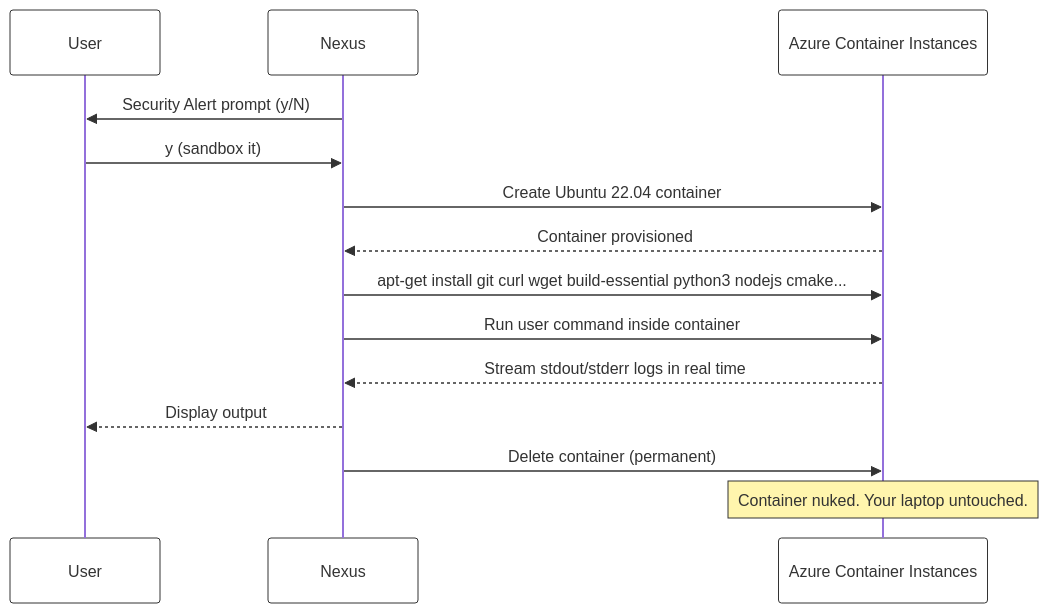
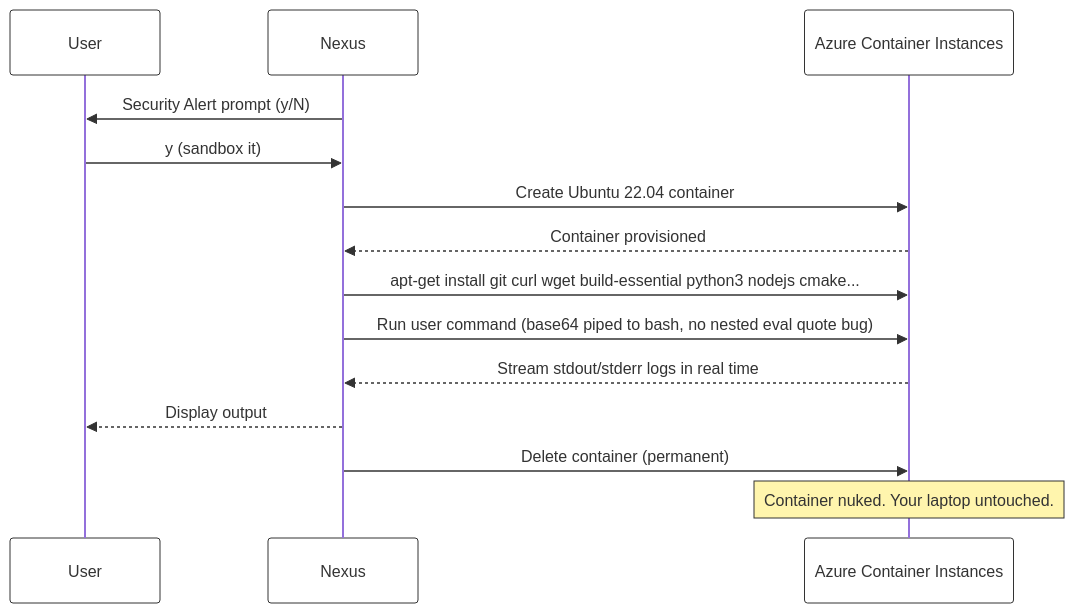
The sixth of 7 diagrams in README.md (Garvit1000/nexus), drawn with Mermaid before and after one commit. The commit also changed other lines of this file and 6 other files, not shown here.

````diff
--- a/README.md
+++ b/README.md
@@ -275,18 +275,18 @@
 ```mermaid
 %%{init: {"themeVariables": {"fontFamily": "monospace", "actorBkg": "#fff", "actorBorder": "#333", "actorTextColor": "#333", "noteBkg": "#ffe600", "noteBorderColor": "#333", "noteTextColor": "#333", "activationBorderColor": "#333", "activationBkgColor": "#ff4949"}}}%%
 sequenceDiagram
     participant User
     participant Nexus
     participant Azure as Azure Container Instances
 
     Nexus->>User: Security Alert prompt (y/N)
     User->>Nexus: y (sandbox it)
     Nexus->>Azure: Create Ubuntu 22.04 container
     Azure-->>Nexus: Container provisioned
     Nexus->>Azure: apt-get install git curl wget build-essential python3 nodejs cmake...
-    Nexus->>Azure: Run user command inside container
+    Nexus->>Azure: Run user command (base64 piped to bash, no nested eval quote bug)
     Azure-->>Nexus: Stream stdout/stderr logs in real time
     Nexus-->>User: Display output
     Nexus->>Azure: Delete container (permanent)
     Note over Azure: Container nuked. Your laptop untouched.
 ```
````
